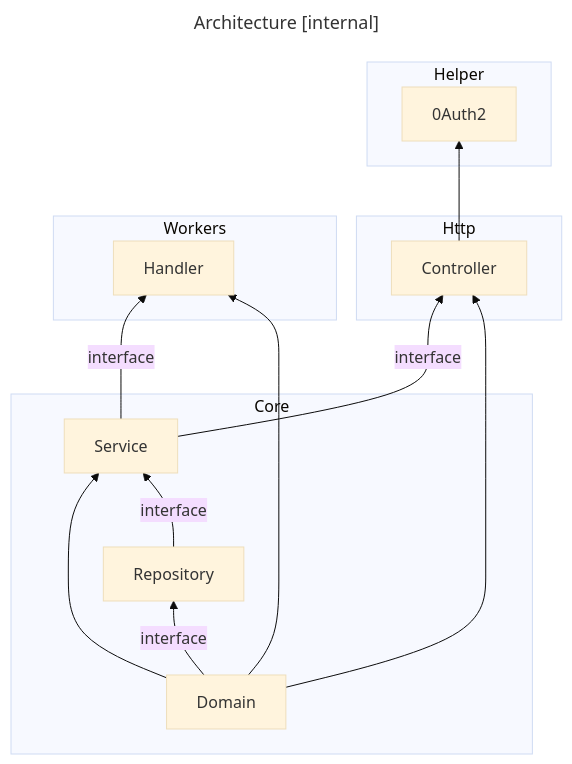
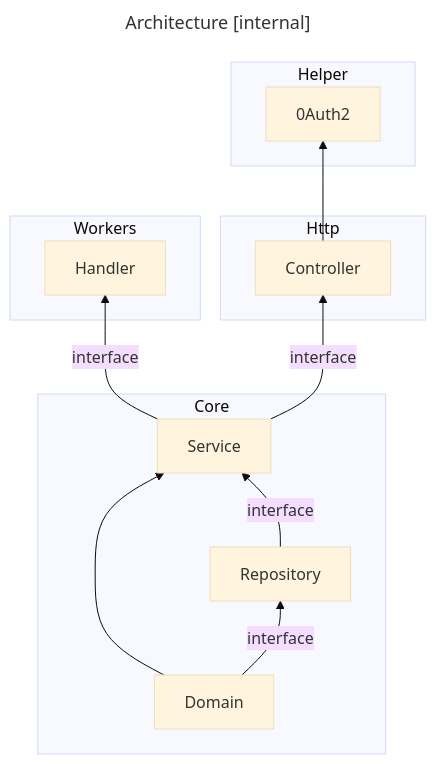
The second of 2 diagrams in internal/README.md (swclabs/swix), drawn with Mermaid (base theme) before and after one commit. The commit also changed other lines of this file and 19 other files, not shown here.

````diff
--- a/internal/README.md
+++ b/internal/README.md
@@ -33,29 +33,27 @@
 ```mermaid
 ---
 title: Architecture [internal]
 ---
 flowchart BT
   subgraph Core
     Domain-->Service
     Domain-- interface -->Repository
     Repository-- interface -->Service
   end
 
   subgraph Helper
     0Auth2
   end
 
   subgraph Http
     Controller --> 0Auth2
   end
 
   subgraph Workers
     Handler
   end
 
   Service -- interface --> Controller
   Service -- interface --> Handler
-  Domain --> Handler
-  Domain --> Controller
 
 ```
````
